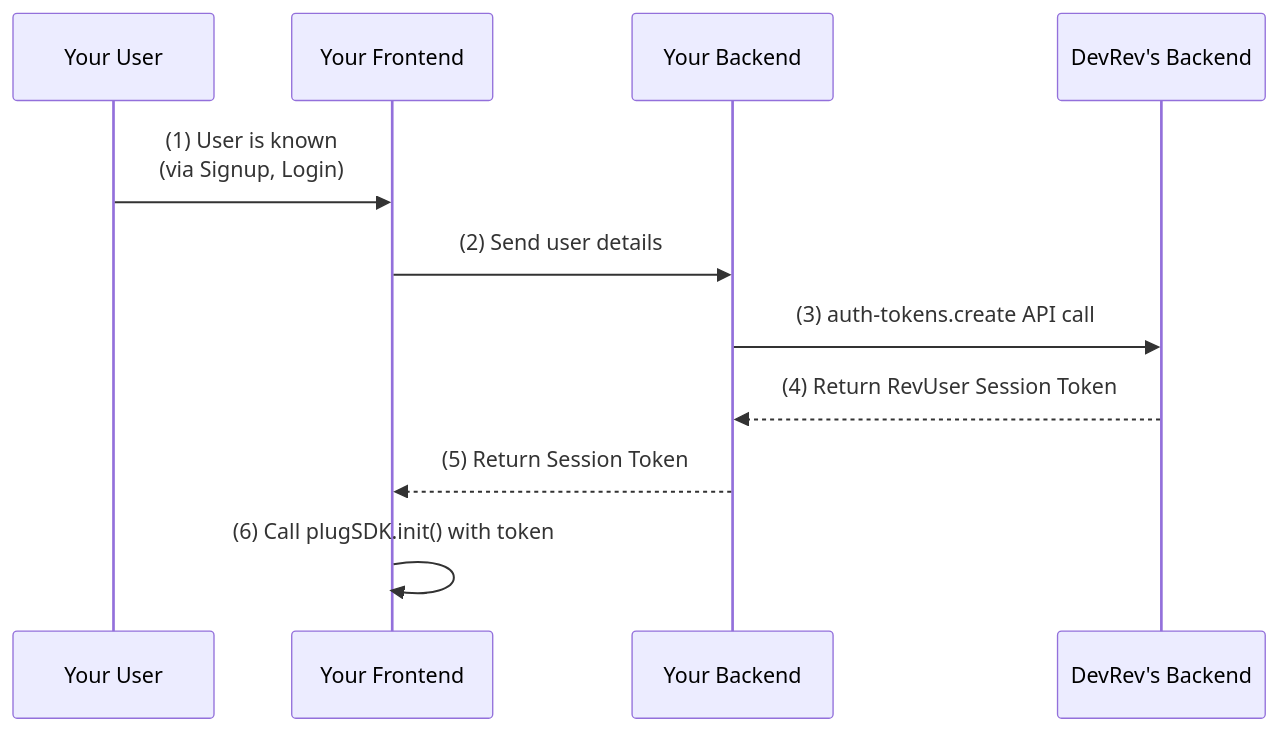
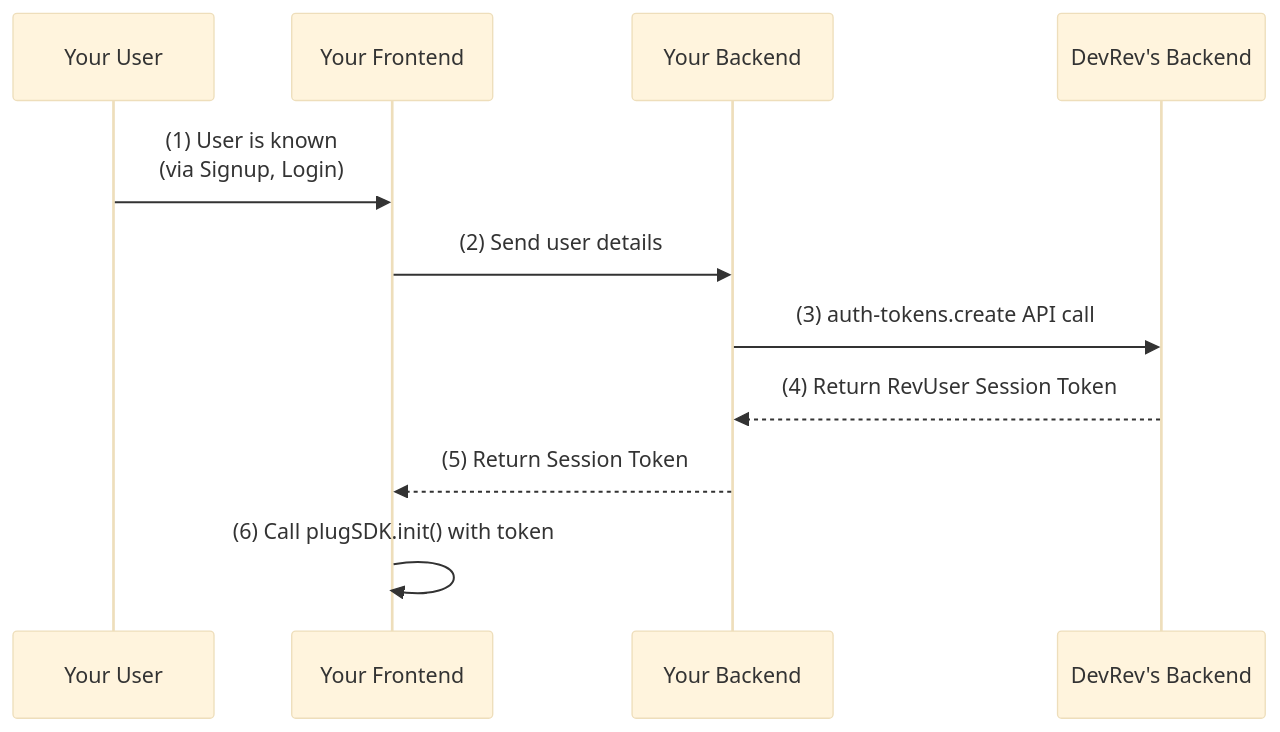
Before and after one commit to devrev/fern-api-docs: the diagram in fern/docs/pages/sdks/web/user-identity.mdx, drawn with Mermaid.

Commit message:
diagram font

````diff
--- a/fern/docs/pages/sdks/web/user-identity.mdx
+++ b/fern/docs/pages/sdks/web/user-identity.mdx
@@ -7,14 +7,20 @@
 ```mermaid
+---
+config:
+  theme: 'base'
+  themeVariables:
+    fontFamily: 'Segoe UI'
+---
 sequenceDiagram
   participant User as Your User
   participant Frontend as Your Frontend
   participant Backend as Your Backend
   participant DevRev as DevRev's Backend
 
   User->>Frontend: (1) User is known<br/>(via Signup, Login)
   Frontend->>Backend: (2) Send user details
   Backend->>DevRev: (3) auth-tokens.create API call
   DevRev-->>Backend: (4) Return RevUser Session Token
   Backend-->>Frontend: (5) Return Session Token
   Frontend->>Frontend: (6) Call plugSDK.init() with token
 ```
````
